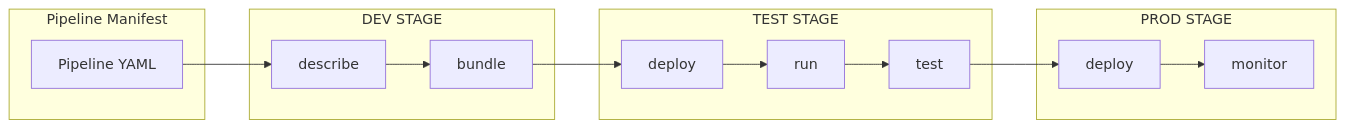
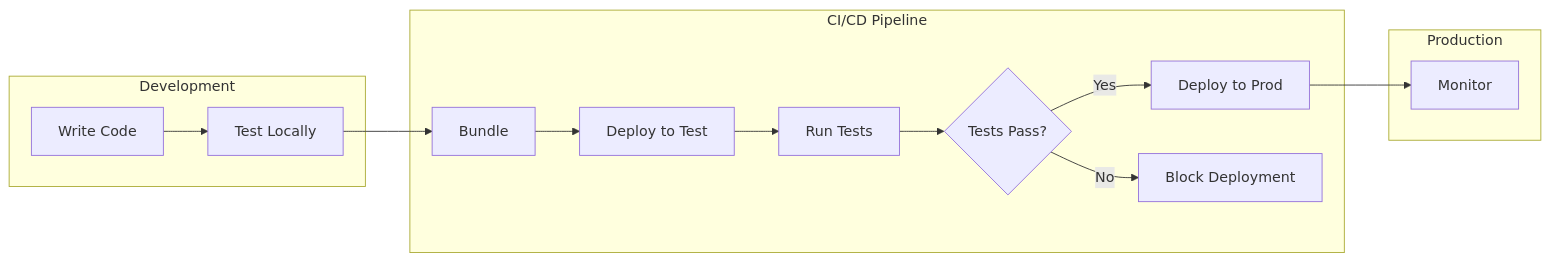
Before and after one commit to aws/CICD-for-SageMakerUnifiedStudio: the diagram in experimental/SMUS-CICD-pipeline-cli/README.md, drawn with Mermaid. The commit also changed other lines of this file and 56 other files, not shown here.

````diff
--- a/experimental/SMUS-CICD-pipeline-cli/README.md
+++ b/experimental/SMUS-CICD-pipeline-cli/README.md
@@ -41,29 +174,19 @@
 ```mermaid
 graph LR
-    subgraph "Pipeline Manifest"
-        PM[Pipeline YAML]
+    subgraph "Development"
+        A[Write Code] --> B[Test Locally]
     end
     
-    subgraph "DEV STAGE"
-        C1[describe]
-        C2[bundle]
-        C1 --> C2
+    subgraph "CI/CD Pipeline"
+        B --> C[Bundle]
+        C --> D[Deploy to Test]
+        D --> E[Run Tests]
+        E --> F{Tests Pass?}
+        F -->|Yes| G[Deploy to Prod]
+        F -->|No| H[Block Deployment]
     end
     
-    subgraph "TEST STAGE"
-        C3[deploy]
-        C4[run]
-        C5[test]
-        C3 --> C4 --> C5
+    subgraph "Production"
+        G --> I[Monitor]
     end
-    
-    subgraph "PROD STAGE"
-        C6[deploy]
-        C7[monitor]
-        C6 --> C7
-    end
-    
-    PM --> C1
-    C2 --> C3
-    C5 --> C6
 ```
````
